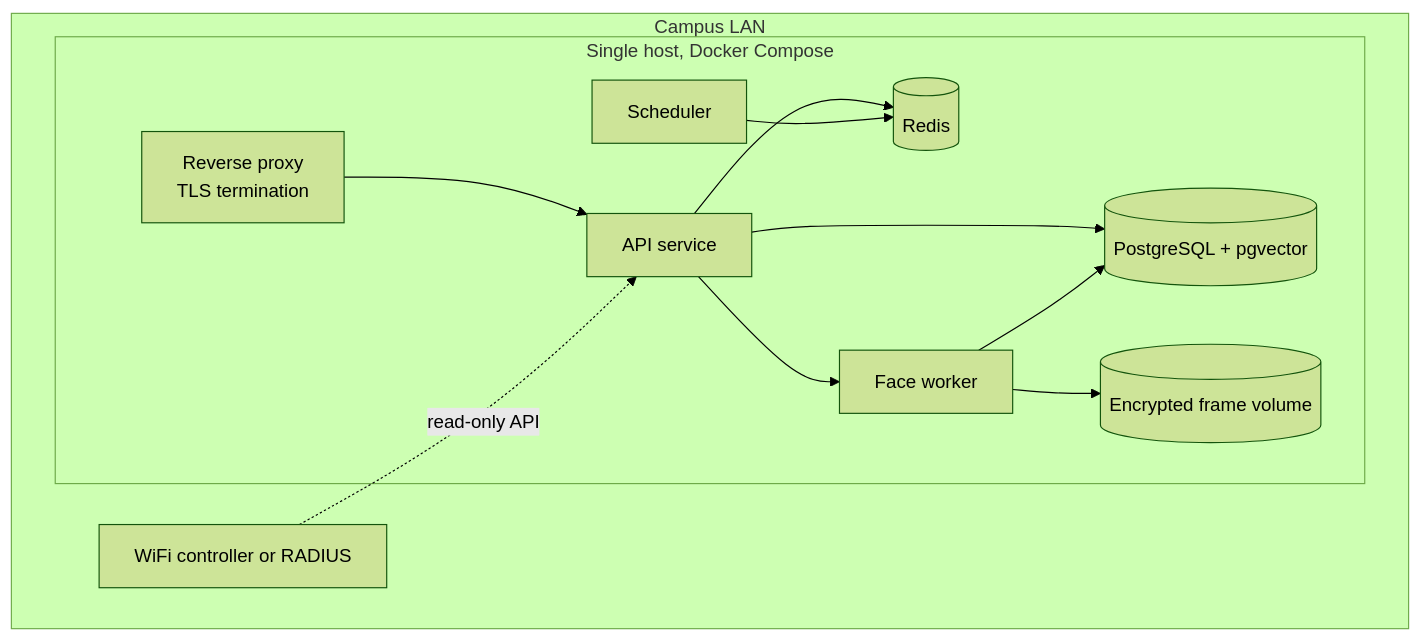
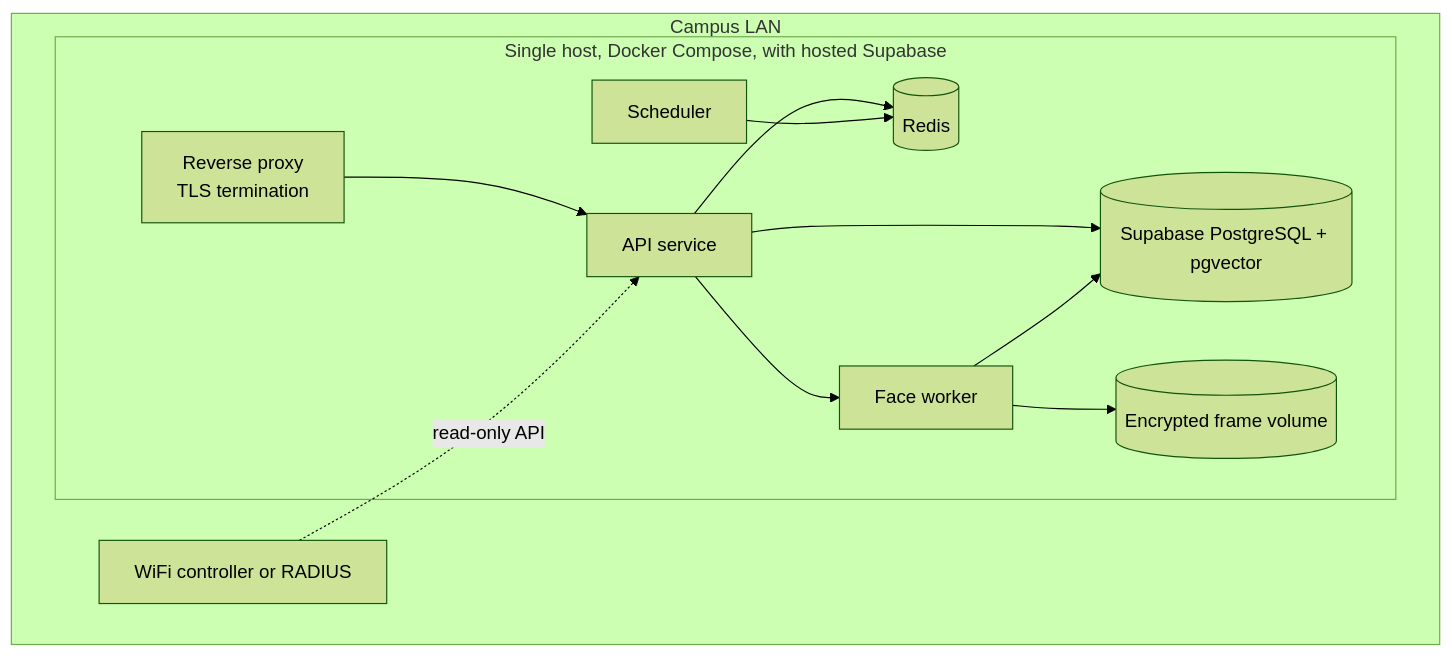
One commit to Rahul-8283/NightRoll changed the third of 3 diagrams in docs/TRD.md. Above: the diagram before and after it, drawn with Mermaid (forest theme). The commit also changed other lines of this file and 2 other files, not shown here.

Commit message:
docs: move database, auth and storage to Supabase across PRD, TRD and architecture

````diff
--- a/docs/TRD.md
+++ b/docs/TRD.md
@@ -479,23 +481,23 @@
 ```mermaid
 flowchart TB
     subgraph LAN["Campus LAN"]
-        subgraph Host["Single host, Docker Compose"]
+        subgraph Host["Single host, Docker Compose, with hosted Supabase"]
             NGX["Reverse proxy<br/>TLS termination"]
             API["API service"]
             FW["Face worker"]
             SCH["Scheduler"]
-            PG[("PostgreSQL + pgvector")]
+            PG[("Supabase PostgreSQL + pgvector")]
             RD[("Redis")]
             FS[("Encrypted frame volume")]
             NGX --> API
             API --> PG
             API --> RD
             API --> FW
             SCH --> RD
             FW --> PG
             FW --> FS
         end
         CTRL["WiFi controller or RADIUS"]
         CTRL -. "read-only API" .-> API
     end
 ```
````
